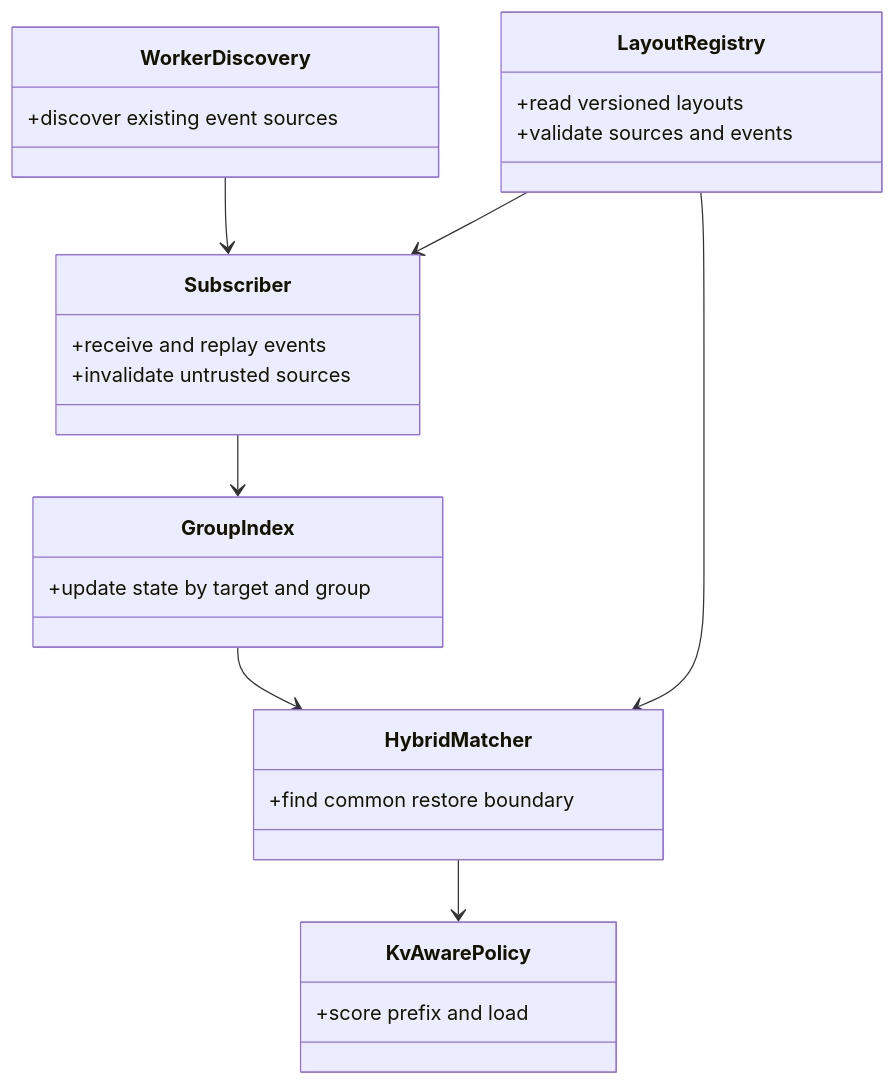
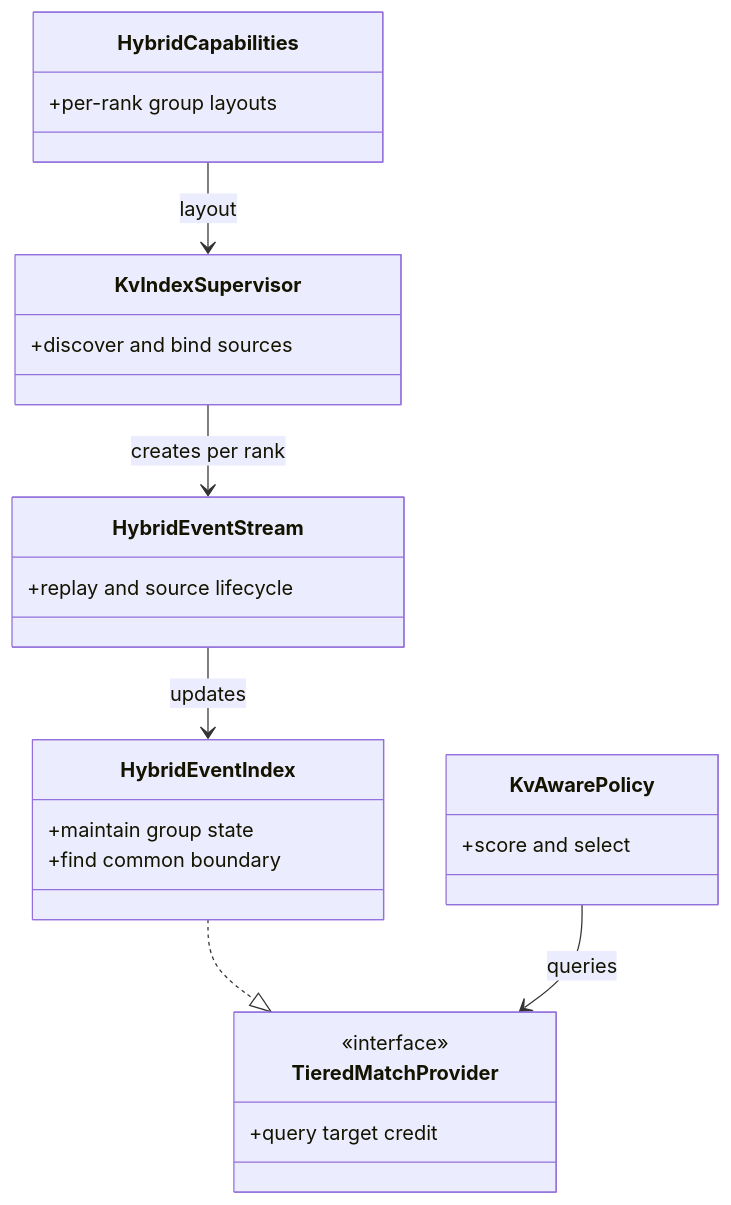
Before and after one commit to vllm-project/router: the second of 6 diagrams in docs/load_balancing/hybrid-kv-aware-rfc.md, drawn with Mermaid. The commit also changed other lines of this file and 1 other file, not shown here.

First line of the commit message:
docs(rfc): align the hybrid-attention RFC with the implemented contract

````diff
--- a/docs/load_balancing/hybrid-kv-aware-rfc.md
+++ b/docs/load_balancing/hybrid-kv-aware-rfc.md
@@ -47,29 +37,28 @@
 ```mermaid
 classDiagram
-    class WorkerDiscovery {
-        +discover existing event sources
+    class HybridCapabilities {
+        +per-rank group layouts
     }
-    class LayoutRegistry {
-        +read versioned layouts
-        +validate sources and events
+    class KvIndexSupervisor {
+        +discover and bind sources
     }
-    class Subscriber {
-        +receive and replay events
-        +invalidate untrusted sources
+    class HybridEventStream {
+        +replay and source lifecycle
     }
-    class GroupIndex {
-        +update state by target and group
+    class HybridEventIndex {
+        +maintain group state
+        +find common boundary
     }
-    class HybridMatcher {
-        +find common restore boundary
+    class TieredMatchProvider {
+        <<interface>>
+        +query target credit
     }
     class KvAwarePolicy {
-        +score prefix and load
+        +score and select
     }
-    WorkerDiscovery --> Subscriber
-    LayoutRegistry --> Subscriber
-    Subscriber --> GroupIndex
-    LayoutRegistry --> HybridMatcher
-    GroupIndex --> HybridMatcher
-    HybridMatcher --> KvAwarePolicy
+    HybridCapabilities --> KvIndexSupervisor : layout
+    KvIndexSupervisor --> HybridEventStream : creates per rank
+    HybridEventStream --> HybridEventIndex : updates
+    HybridEventIndex ..|> TieredMatchProvider
+    KvAwarePolicy --> TieredMatchProvider : queries
 ```
````
